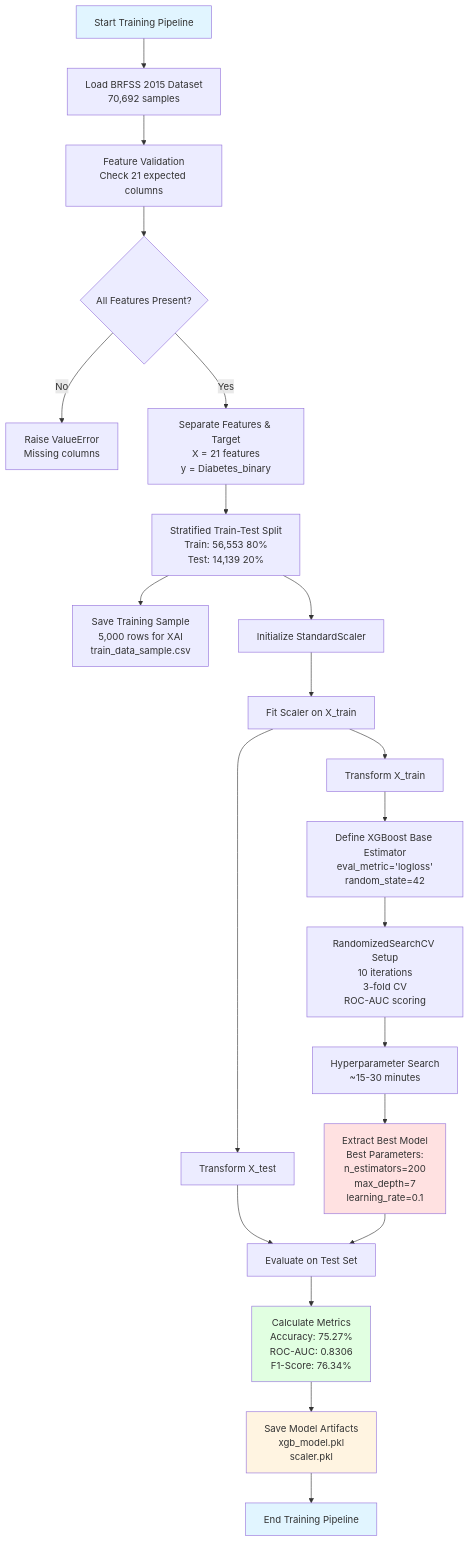
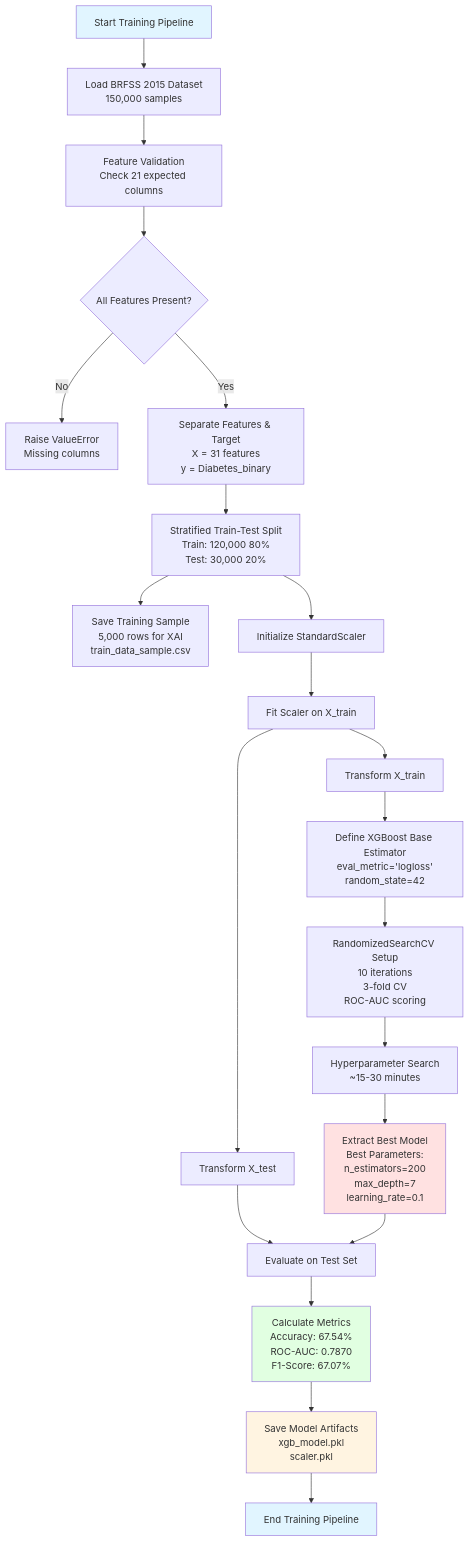
One commit to SAMI-CODEAI/Diabeties changed the third of 14 diagrams in NOTES/PROJECT_METHODOLOGY.md. Above: the diagram before and after it, drawn with Mermaid. The commit also changed other lines of this file and 22 other files, not shown here.

Commit message:
reasearch,flowchart,notes-update-current version-18/03/2026

````diff
--- a/NOTES/PROJECT_METHODOLOGY.md
+++ b/NOTES/PROJECT_METHODOLOGY.md
@@ -292,39 +292,39 @@
 ```mermaid
 flowchart TD
-    A[Start Training Pipeline] --> B[Load BRFSS 2015 Dataset<br/>70,692 samples]
+    A[Start Training Pipeline] --> B[Load BRFSS 2015 Dataset<br/>150,000 samples]
     B --> C[Feature Validation<br/>Check 21 expected columns]
     C --> D{All Features Present?}
     D -->|No| E[Raise ValueError<br/>Missing columns]
-    D -->|Yes| F[Separate Features & Target<br/>X = 21 features<br/>y = Diabetes_binary]
-    F --> G[Stratified Train-Test Split<br/>Train: 56,553 80%<br/>Test: 14,139 20%]
+    D -->|Yes| F[Separate Features & Target<br/>X = 31 features<br/>y = Diabetes_binary]
+    F --> G[Stratified Train-Test Split<br/>Train: 120,000 80%<br/>Test: 30,000 20%]
     
     G --> H[Save Training Sample<br/>5,000 rows for XAI<br/>train_data_sample.csv]
     
     G --> I[Initialize StandardScaler]
     I --> J[Fit Scaler on X_train]
     J --> K[Transform X_train]
     J --> L[Transform X_test]
     
     K --> M[Define XGBoost Base Estimator<br/>eval_metric='logloss'<br/>random_state=42]
     
     M --> N[RandomizedSearchCV Setup<br/>10 iterations<br/>3-fold CV<br/>ROC-AUC scoring]
     
     N --> O[Hyperparameter Search<br/>~15-30 minutes]
     
     O --> P[Extract Best Model<br/>Best Parameters:<br/>n_estimators=200<br/>max_depth=7<br/>learning_rate=0.1]
     
     L --> Q[Evaluate on Test Set]
     P --> Q
     
-    Q --> R[Calculate Metrics<br/>Accuracy: 75.27%<br/>ROC-AUC: 0.8306<br/>F1-Score: 76.34%]
+    Q --> R[Calculate Metrics<br/>Accuracy: 67.54%<br/>ROC-AUC: 0.7870<br/>F1-Score: 67.07%]
     
     R --> S[Save Model Artifacts<br/>xgb_model.pkl<br/>scaler.pkl]
     
     S --> T[End Training Pipeline]
     
     style A fill:#e1f5ff
     style P fill:#ffe1e1
     style R fill:#e1ffe1
     style S fill:#fff4e1
     style T fill:#e1f5ff
 ```
````
